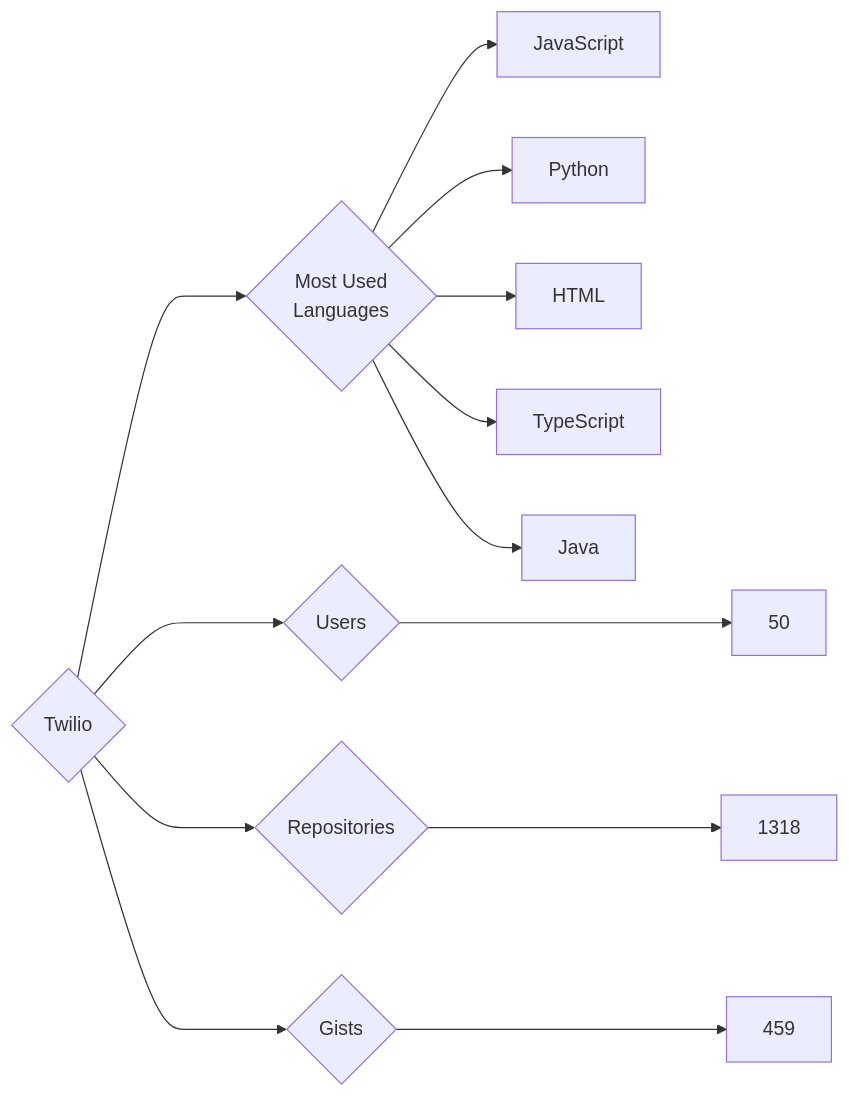
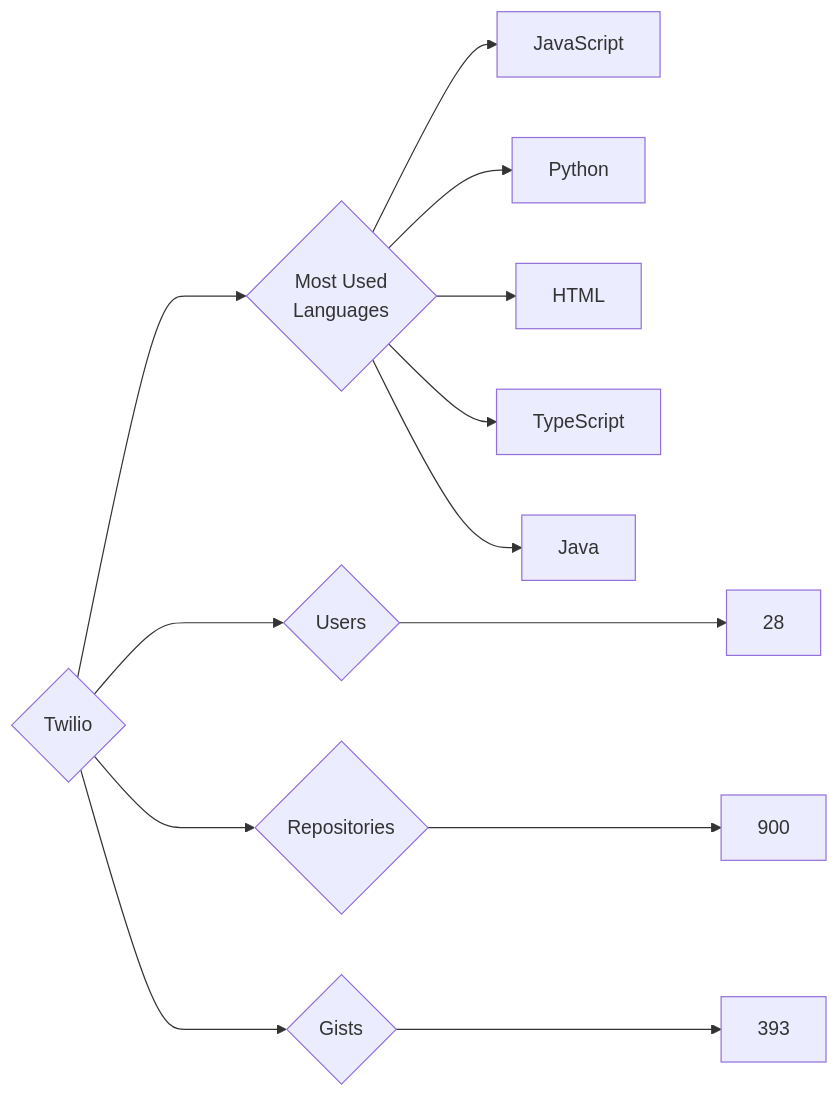
The diagram in targets/Twilio/README.md (trickest/insiders), drawn with Mermaid before and after one commit. The commit also changed 886 other files, not shown here.

````diff
--- a/targets/Twilio/README.md
+++ b/targets/Twilio/README.md
@@ -3,13 +3,13 @@
 ```mermaid
 graph LR
 COMPANY_NAME{Twilio}
-COMPANY_NAME ---> U{Users} ---> UN[50]
-COMPANY_NAME ---> R{Repositories} ---> RN[1318]
-COMPANY_NAME ---> G{Gists} ---> GN[459]
+COMPANY_NAME ---> U{Users} ---> UN[28]
+COMPANY_NAME ---> R{Repositories} ---> RN[900]
+COMPANY_NAME ---> G{Gists} ---> GN[393]
 COMPANY_NAME ---> ML{Most Used<br>Languages}
 ML --> JavaScript[JavaScript]
 ML --> Python[Python]
 ML --> HTML[HTML]
 ML --> TypeScript[TypeScript]
 ML --> Java[Java]
 ```
````
